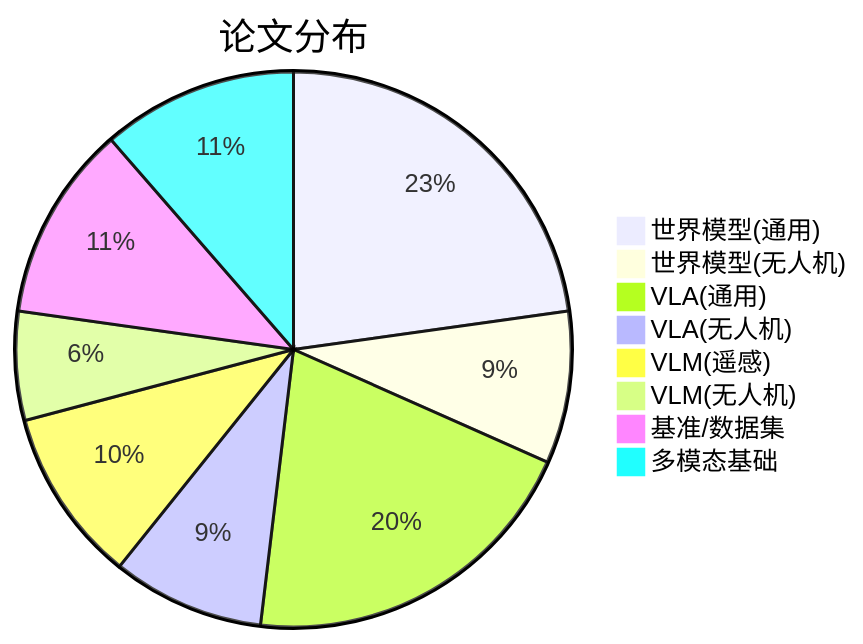
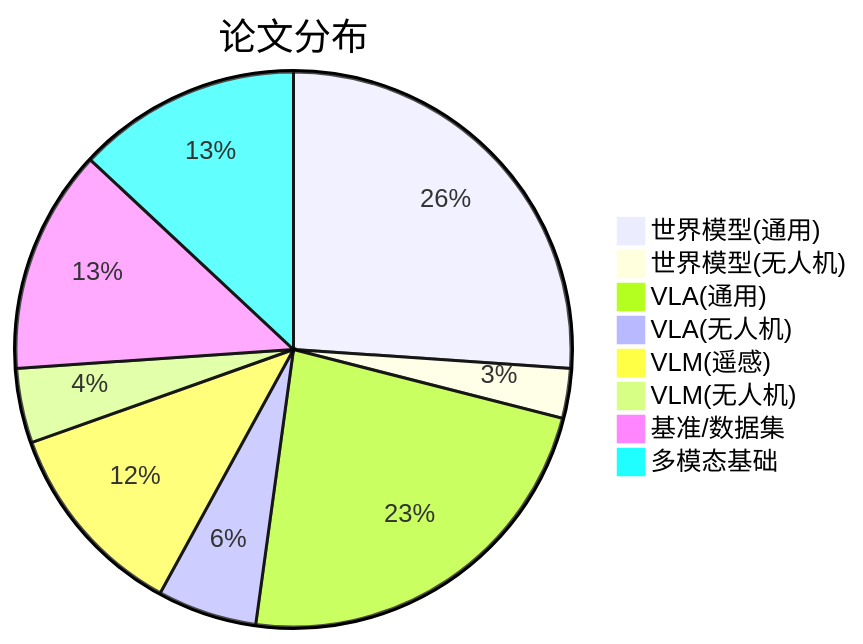
The diagram in references/paper-list.md (Qxy661/UAV-WM-VLA-Learning), drawn with Mermaid before and after one commit. The commit also changed other lines of this file, not shown here.

````diff
--- a/references/paper-list.md
+++ b/references/paper-list.md
@@ -179,11 +173,11 @@
 ```mermaid
 pie title 论文分布
     "世界模型(通用)" : 18
-    "世界模型(无人机)" : 7
+    "世界模型(无人机)" : 2
     "VLA(通用)" : 16
-    "VLA(无人机)" : 7
+    "VLA(无人机)" : 4
     "VLM(遥感)" : 8
-    "VLM(无人机)" : 5
+    "VLM(无人机)" : 3
     "基准/数据集" : 9
     "多模态基础" : 9
 ```
````
